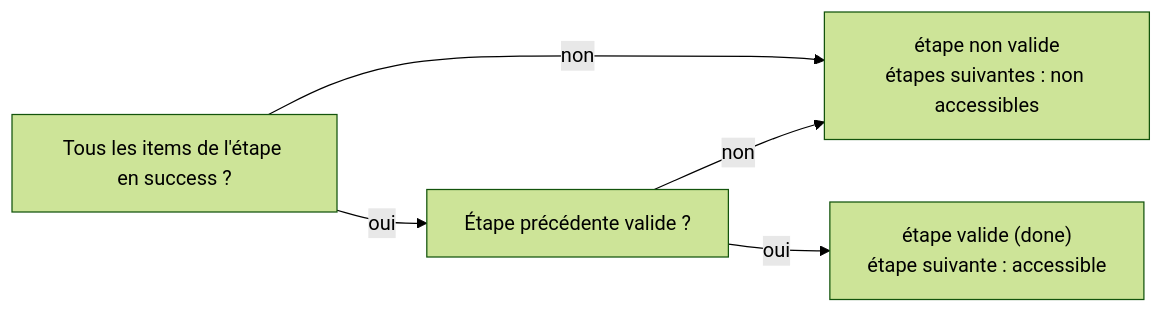
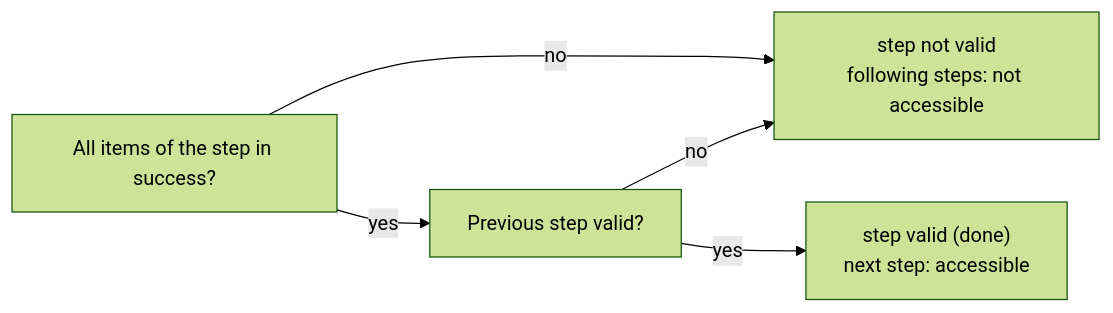
One commit to Pivot-Madagascar/pridec-docker changed the sixth of 8 diagrams in etlhub/docs/pipeline-checkpoints-diagrams.md. Above: the diagram before and after it, drawn with Mermaid (forest theme). The commit also changed other lines of this file and 4 other files, not shown here.

````diff
--- a/etlhub/docs/pipeline-checkpoints-diagrams.md
+++ b/etlhub/docs/pipeline-checkpoints-diagrams.md
@@ -281,7 +283,7 @@
 ```mermaid
 flowchart LR
-    A["Tous les items de l'étape en success ?"] -- non --> N["étape non valide<br/>étapes suivantes : non accessibles"]
-    A -- oui --> B["Étape précédente valide ?"]
-    B -- non --> N
-    B -- oui --> V["étape valide (done)<br/>étape suivante : accessible"]
+    A["All items of the step in success?"] -- no --> N["step not valid<br/>following steps: not accessible"]
+    A -- yes --> B["Previous step valid?"]
+    B -- no --> N
+    B -- yes --> V["step valid (done)<br/>next step: accessible"]
 ```
````
